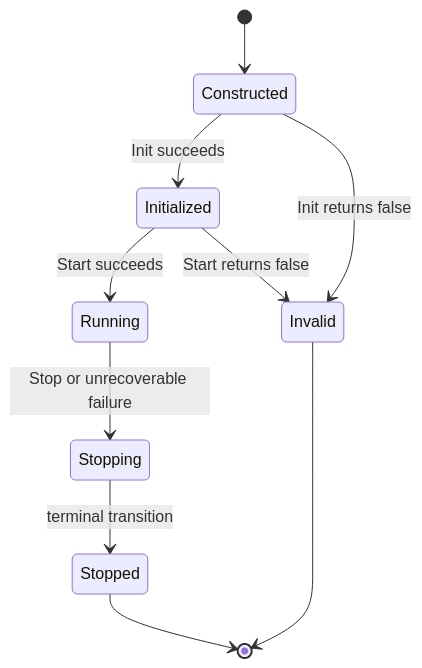
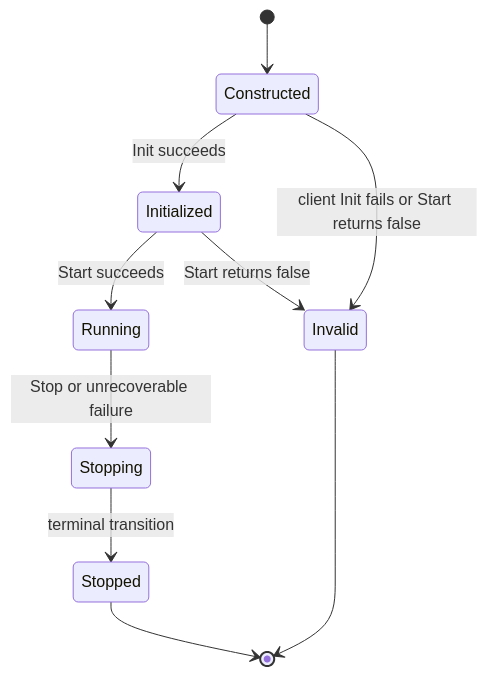
The diagram in Pontifex/Abstractions/Transports/Raw/Reliable/Specification.md (FyodorZh/Pontifex), drawn with Mermaid before and after one commit. The commit also changed other lines of this file and 9 other files, not shown here.

````diff
--- a/Pontifex/Abstractions/Transports/Raw/Reliable/Specification.md
+++ b/Pontifex/Abstractions/Transports/Raw/Reliable/Specification.md
@@ -295,12 +304,12 @@
 ```mermaid
 stateDiagram-v2
     [*] --> Constructed
     Constructed --> Initialized: Init succeeds
-    Constructed --> Invalid: Init returns false
+    Constructed --> Invalid: client Init fails or Start returns false
     Initialized --> Running: Start succeeds
     Initialized --> Invalid: Start returns false
     Running --> Stopping: Stop or unrecoverable failure
     Stopping --> Stopped: terminal transition
     Stopped --> [*]
     Invalid --> [*]
 ```
````
